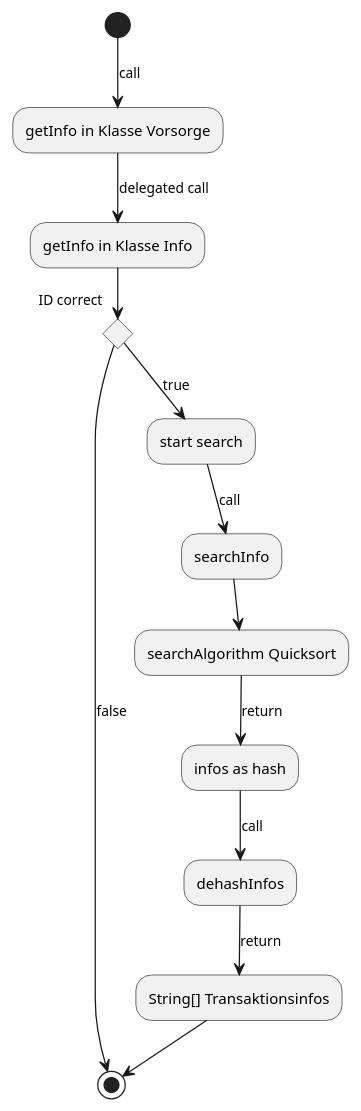
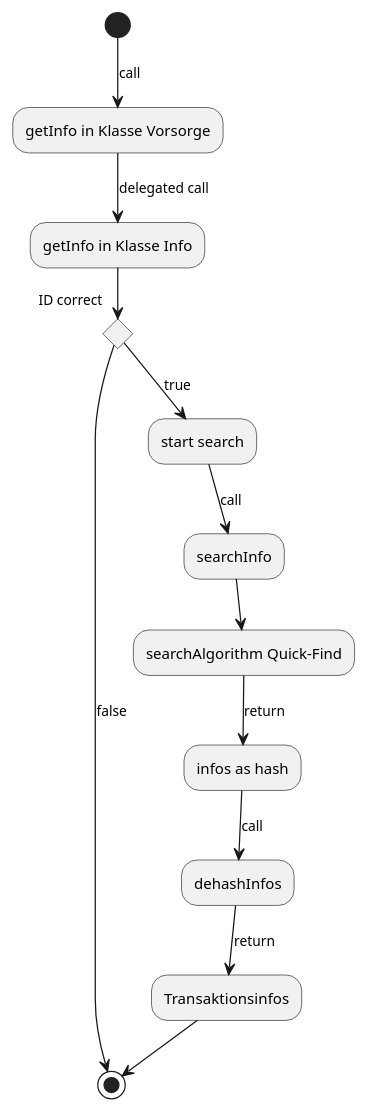
One commit to TK5-Tim/Unibas-BCC2019-VVS changed the diagram in docs/VVS_activity_getInfo.puml. Above: the diagram before and after it, drawn with PlantUML. The commit also changed 5 other files, not shown here.

Commit message:
first version contracts. new version diagrams

```diff
--- a/docs/VVS_activity_getInfo.puml
+++ b/docs/VVS_activity_getInfo.puml
@@ -1,15 +1,15 @@
 @startuml Aktivitätsdiagram getInfo
 (*) -->[call] "getInfo in Klasse Vorsorge"
  --> [delegated call]"getInfo in Klasse Info"
  if "ID correct" then 
     --> [true]"start search" as a1
  else 
  ->[false](*)
  endif 
  a1 -->[call] "searchInfo" 
- --> "searchAlgorithm Quicksort" 
+ --> "searchAlgorithm Quick-Find" 
  --> [return] "infos as hash" 
  --> [call] "dehashInfos"
- --> [return] "String[] Transaktionsinfos"
+ --> [return] "Transaktionsinfos"
  -->(*)
 @enduml
```
